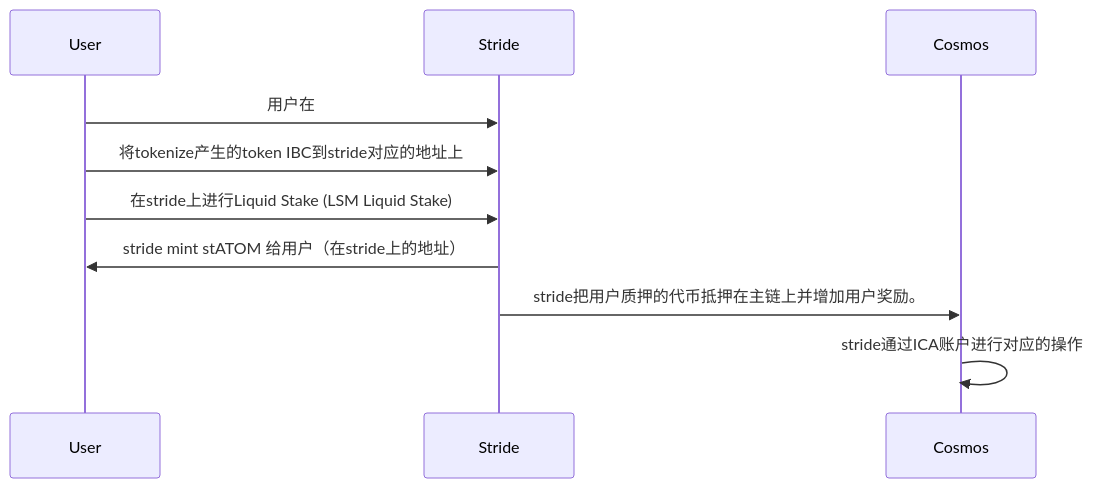
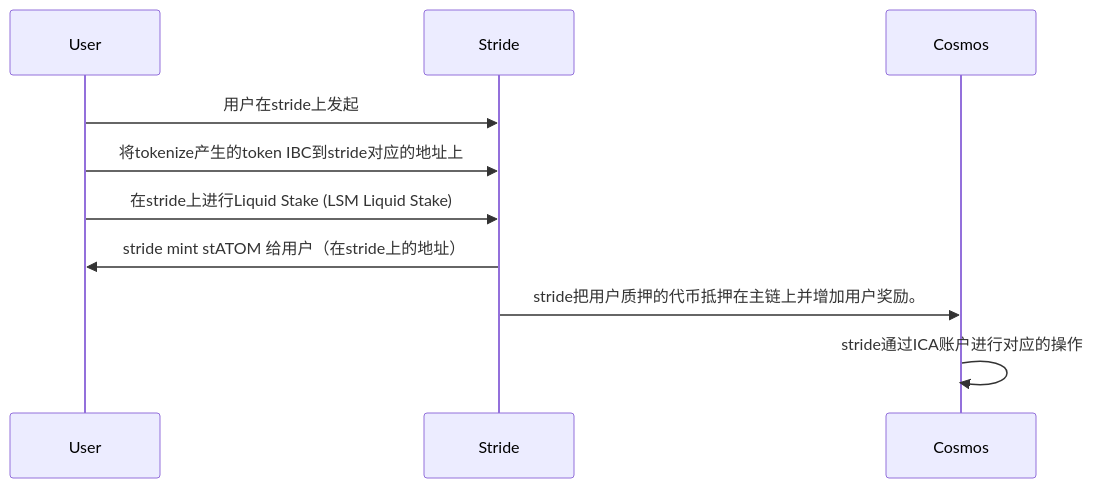
One commit to yingjianzh/iodraw-files changed the diagram in all/unbonding.md. Above: the diagram before and after it, drawn with Mermaid.

Commit message:
2024-03-28 14:37:34 update

````diff
--- a/all/unbonding.md
+++ b/all/unbonding.md
@@ -1,9 +1,9 @@
 ```mermaid
 sequenceDiagram
-    User->>Stride: 用户在
+    User->>Stride: 用户在stride上发起
     User->>Stride: 将tokenize产生的token IBC到stride对应的地址上
     User->>Stride: 在stride上进行Liquid Stake (LSM Liquid Stake)
     Stride->>User: stride mint stATOM 给用户（在stride上的地址）
     Stride->>Cosmos: stride把用户质押的代币抵押在主链上并增加用户奖励。
     Cosmos->>Cosmos: stride通过ICA账户进行对应的操作
 ```
````
